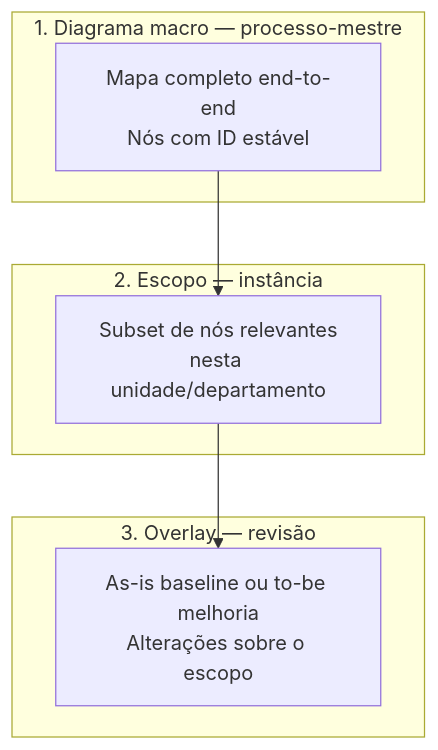
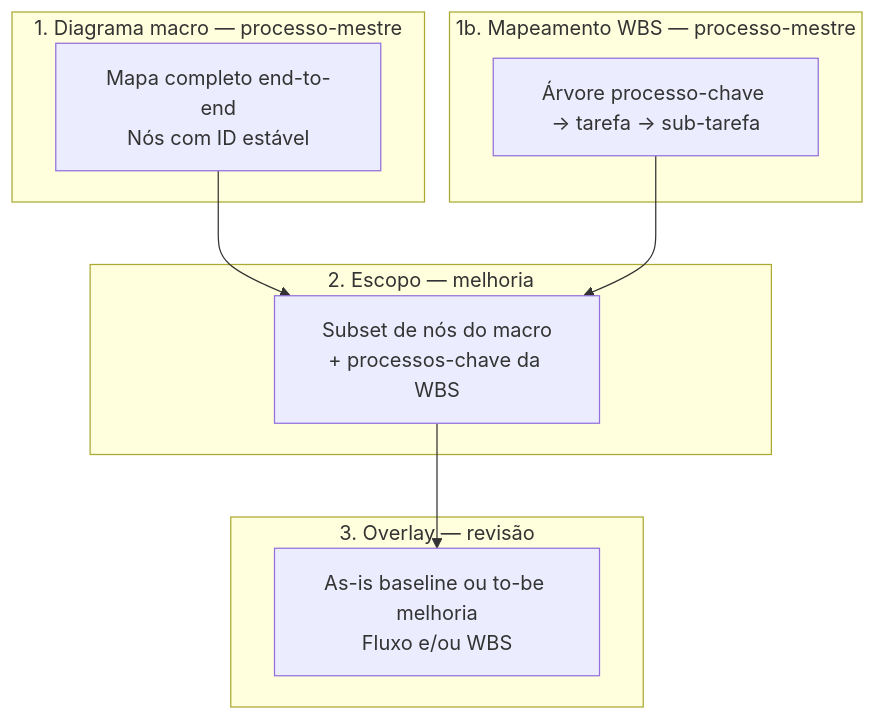
Before and after one commit to roberiooliveiradev/delpi-central: the diagram in docs/12-roadmap-e-evolucao/transformometro-app/TUTORIAL-USUARIO.md, drawn with Mermaid. The commit also changed other lines of this file and 4 other files, not shown here.

````diff
--- a/docs/12-roadmap-e-evolucao/transformometro-app/TUTORIAL-USUARIO.md
+++ b/docs/12-roadmap-e-evolucao/transformometro-app/TUTORIAL-USUARIO.md
@@ -202,17 +229,22 @@
 ```mermaid
 flowchart TB
   subgraph macro [1. Diagrama macro — processo-mestre]
     M["Mapa completo end-to-end<br/>Nós com ID estável"]
   end
 
-  subgraph escopo [2. Escopo — instância]
-    E["Subset de nós relevantes<br/>nesta unidade/departamento"]
+  subgraph wbs [1b. Mapeamento WBS — processo-mestre]
+    W["Árvore processo-chave → tarefa → sub-tarefa"]
+  end
+
+  subgraph escopo [2. Escopo — melhoria]
+    E["Subset de nós do macro<br/>+ processos-chave da WBS"]
   end
 
   subgraph overlay [3. Overlay — revisão]
-    O["As-is baseline ou to-be melhoria<br/>Alterações sobre o escopo"]
+    O["As-is baseline ou to-be melhoria<br/>Fluxo e/ou WBS"]
   end
 
   M --> E
+  W --> E
   E --> O
 ```
````
